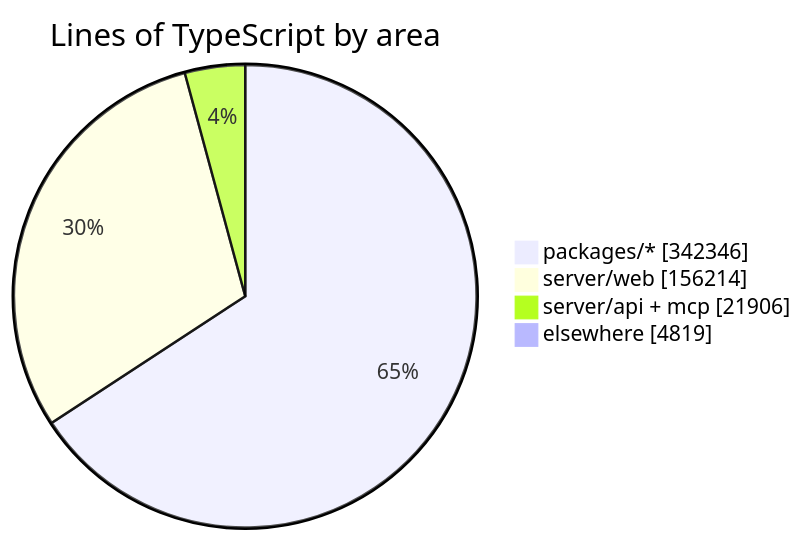
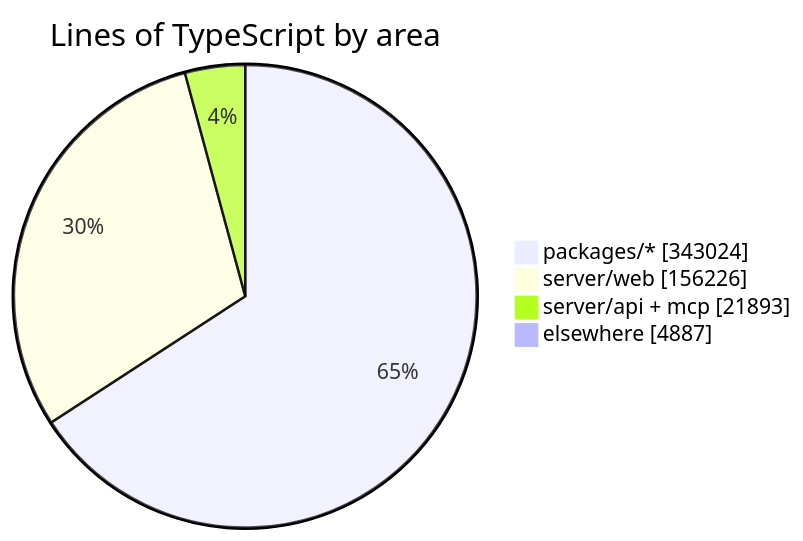
One commit to crossworks-engineering/mantle changed the diagram in README.md. Above: the diagram before and after it, drawn with Mermaid. The commit also changed other lines of this file and 2 other files, not shown here.

````diff
--- a/README.md
+++ b/README.md
@@ -294,7 +294,7 @@
 ```mermaid
 pie showData title Lines of TypeScript by area
-    "packages/*" : 342346
-    "server/web" : 156214
-    "server/api + mcp" : 21906
-    "elsewhere" : 4819
+    "packages/*" : 343024
+    "server/web" : 156226
+    "server/api + mcp" : 21893
+    "elsewhere" : 4887
 ```
````
